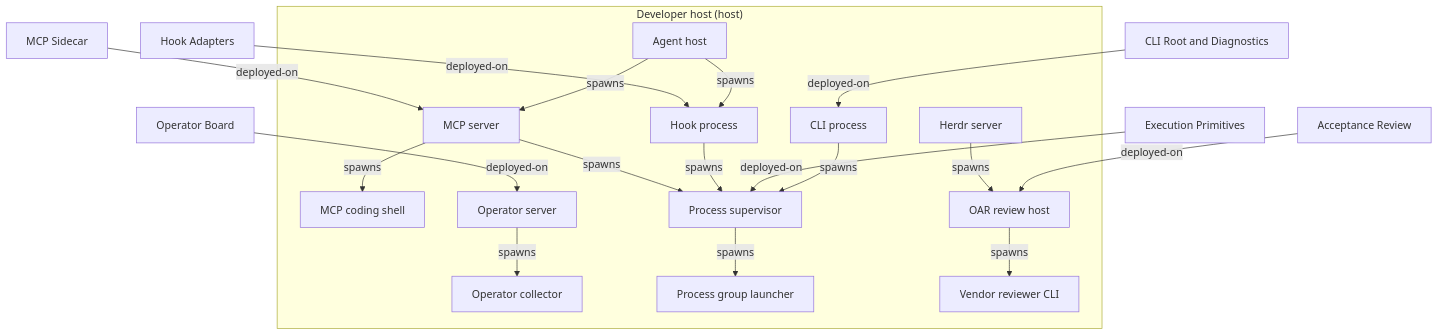
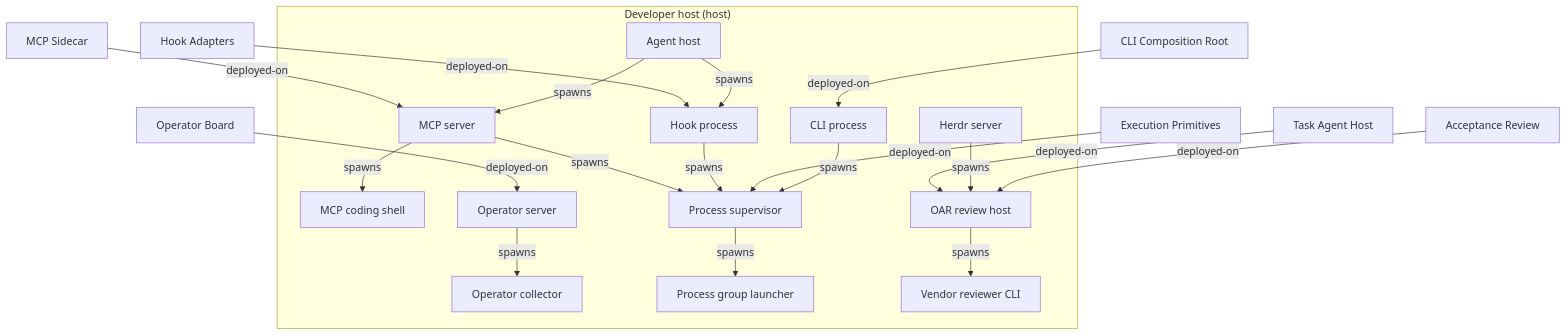
Before and after one commit to Ancienttwo/repo-harness: the diagram in docs/architecture/diagrams/runtime-topology.mmd, drawn with Mermaid. The commit also changed 20 other files, not shown here.

First line of the commit message:
chore(projection): refresh generated architecture outputs for main@a81f342c0eb6

```diff
--- a/docs/architecture/diagrams/runtime-topology.mmd
+++ b/docs/architecture/diagrams/runtime-topology.mmd
@@ -1,38 +1,40 @@
 %% Generated by ArchContext. Native model remains source of truth.
 flowchart TB
   subgraph namespace_host_developer["Developer host (host)"]
     process_agent_host["Agent host"]
     process_cli["CLI process"]
     process_herdr_server["Herdr server"]
     process_hook["Hook process"]
     process_mcp_coding_shell["MCP coding shell"]
     process_mcp_server["MCP server"]
     process_oar_review_host["OAR review host"]
     process_operator_collector["Operator collector"]
     process_operator_server["Operator server"]
     process_process_group_launcher["Process group launcher"]
     process_process_supervisor["Process supervisor"]
     process_vendor_cli["Vendor reviewer CLI"]
   end
   capability_runtime_harness_hook_adapters["Hook Adapters"]
   capability_runtime_harness_mcp_sidecar["MCP Sidecar"]
   capability_runtime_harness_operator["Operator Board"]
+  capability_runtime_harness_task_agent_host["Task Agent Host"]
   capability_verification_acceptance_review["Acceptance Review"]
   capability_workflow_engine_execution_primitives["Execution Primitives"]
-  component_global_runtime_reconciliation_cli_root["CLI Root and Diagnostics"]
+  component_global_runtime_reconciliation_cli_root["CLI Composition Root"]
   capability_verification_acceptance_review -->|"deployed-on"| process_oar_review_host
   process_agent_host -->|"spawns"| process_hook
   process_agent_host -->|"spawns"| process_mcp_server
   component_global_runtime_reconciliation_cli_root -->|"deployed-on"| process_cli
   process_cli -->|"spawns"| process_process_supervisor
   capability_workflow_engine_execution_primitives -->|"deployed-on"| process_process_supervisor
   process_herdr_server -->|"spawns"| process_oar_review_host
   capability_runtime_harness_hook_adapters -->|"deployed-on"| process_hook
   process_hook -->|"spawns"| process_process_supervisor
   process_mcp_server -->|"spawns"| process_mcp_coding_shell
   process_mcp_server -->|"spawns"| process_process_supervisor
   capability_runtime_harness_mcp_sidecar -->|"deployed-on"| process_mcp_server
   process_oar_review_host -->|"spawns"| process_vendor_cli
   process_operator_server -->|"spawns"| process_operator_collector
   capability_runtime_harness_operator -->|"deployed-on"| process_operator_server
   process_process_supervisor -->|"spawns"| process_process_group_launcher
+  capability_runtime_harness_task_agent_host -->|"deployed-on"| process_oar_review_host
```
